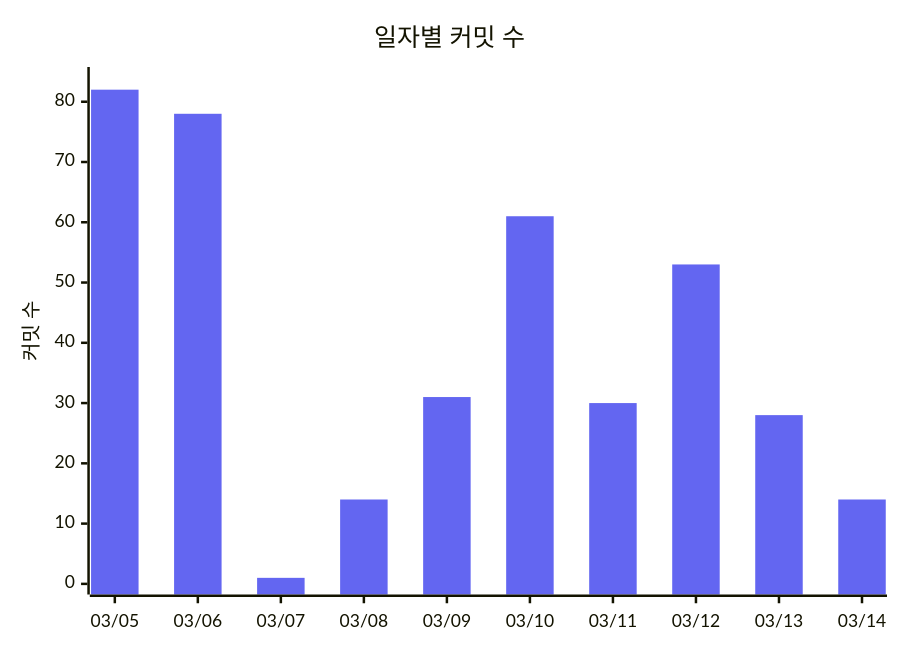
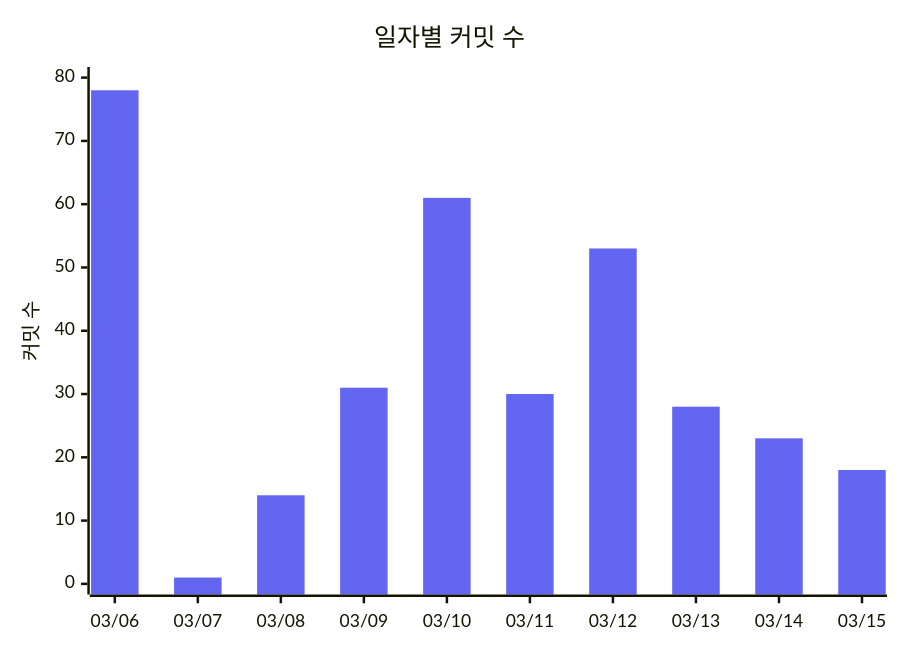
Before and after one commit to 3rd-project-team-1/ALYAC-market-team1: the fourth of 4 diagrams in README.md, drawn with Mermaid. The commit also changed other lines of this file, not shown here.

Commit message:
docs: 커밋 활동 차트 자동 업데이트 [skip ci]

````diff
--- a/README.md
+++ b/README.md
@@ -453,12 +453,12 @@
 ```mermaid
 %%{init: { 'theme': 'base', 'themeVariables': {
   'xyChart': {
     'plotColorPalette': '#6366f1'
   }
 } } }%%
 xychart-beta
   title "일자별 커밋 수"
-  x-axis ["03/05", "03/06", "03/07", "03/08", "03/09", "03/10", "03/11", "03/12", "03/13", "03/14"]
-  y-axis "커밋 수" 0 --> 84
-  bar [82, 78, 1, 14, 31, 61, 30, 53, 28, 14]
+  x-axis ["03/06", "03/07", "03/08", "03/09", "03/10", "03/11", "03/12", "03/13", "03/14", "03/15"]
+  y-axis "커밋 수" 0 --> 80
+  bar [78, 1, 14, 31, 61, 30, 53, 28, 23, 18]
 ```
````
